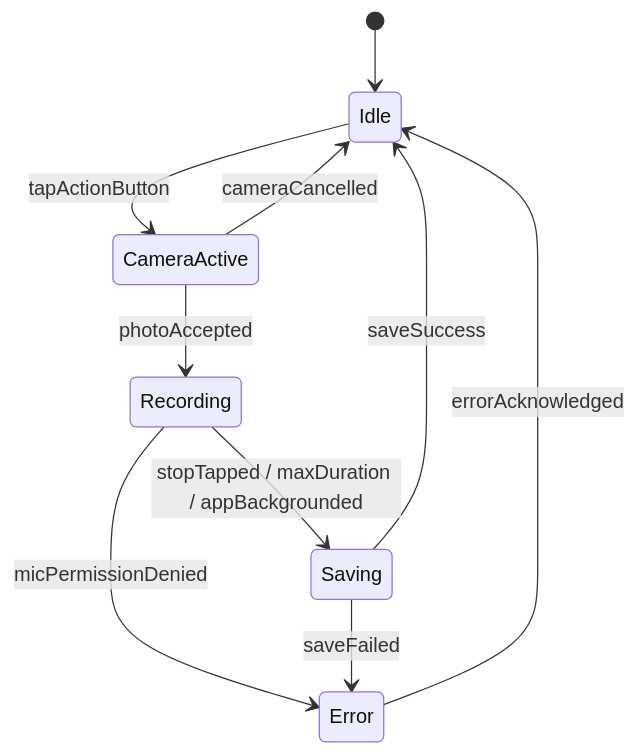
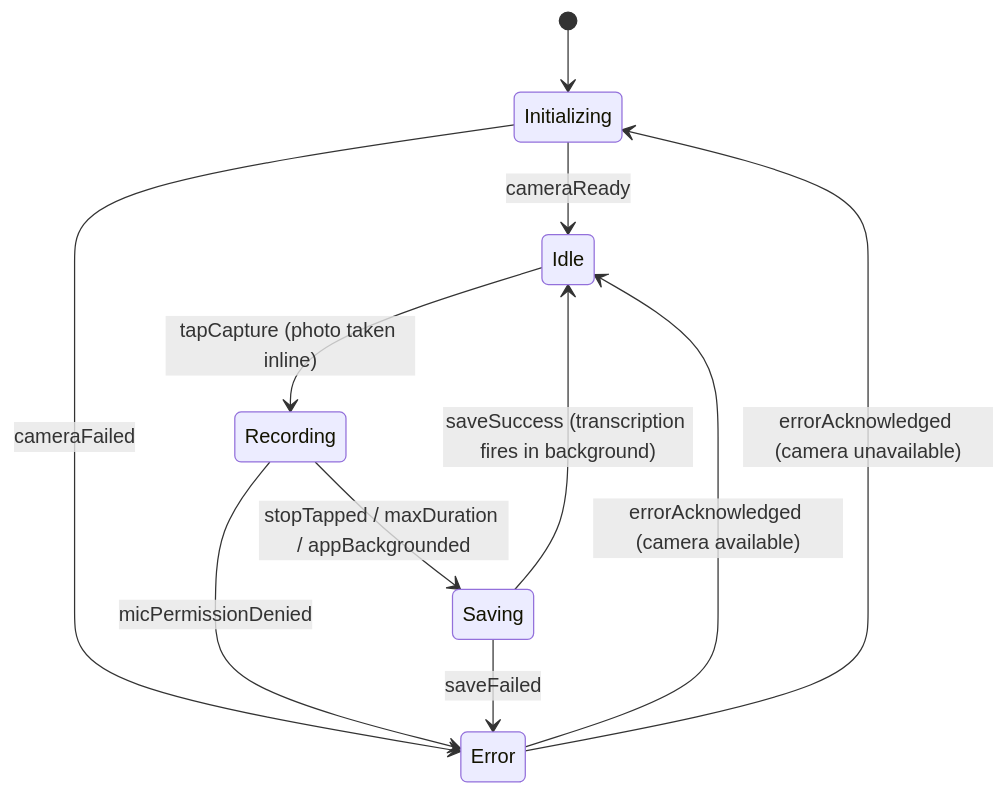
Before and after one commit to eze1981/osprey_mvp_app: the second of 2 diagrams in .kiro/specs/initial-mvp/design.md, drawn with Mermaid. The commit also changed other lines of this file and 19 other files, not shown here.

````diff
--- a/.kiro/specs/initial-mvp/design.md
+++ b/.kiro/specs/initial-mvp/design.md
@@ -56,12 +69,13 @@
 ```mermaid
 stateDiagram-v2
-    [*] --> Idle
-    Idle --> CameraActive : tapActionButton
-    CameraActive --> Recording : photoAccepted
-    CameraActive --> Idle : cameraCancelled
+    [*] --> Initializing
+    Initializing --> Idle : cameraReady
+    Initializing --> Error : cameraFailed
+    Idle --> Recording : tapCapture (photo taken inline)
     Recording --> Saving : stopTapped / maxDuration / appBackgrounded
     Recording --> Error : micPermissionDenied
-    Saving --> Idle : saveSuccess
+    Saving --> Idle : saveSuccess (transcription fires in background)
     Saving --> Error : saveFailed
-    Error --> Idle : errorAcknowledged
+    Error --> Idle : errorAcknowledged (camera available)
+    Error --> Initializing : errorAcknowledged (camera unavailable)
 ```
````
